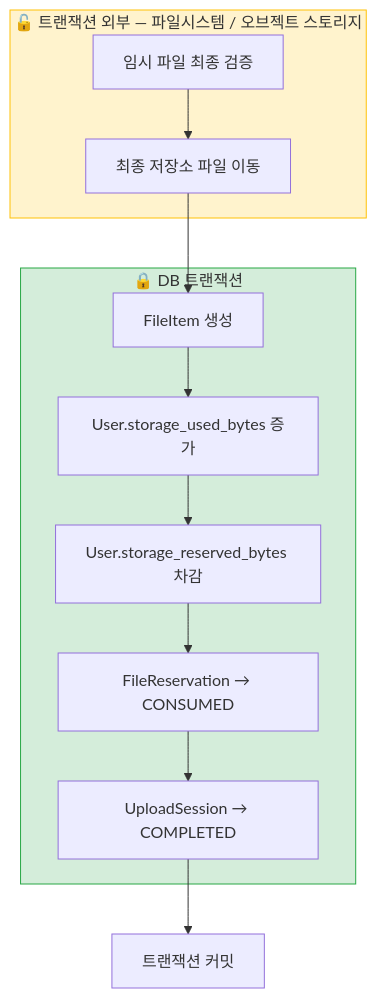
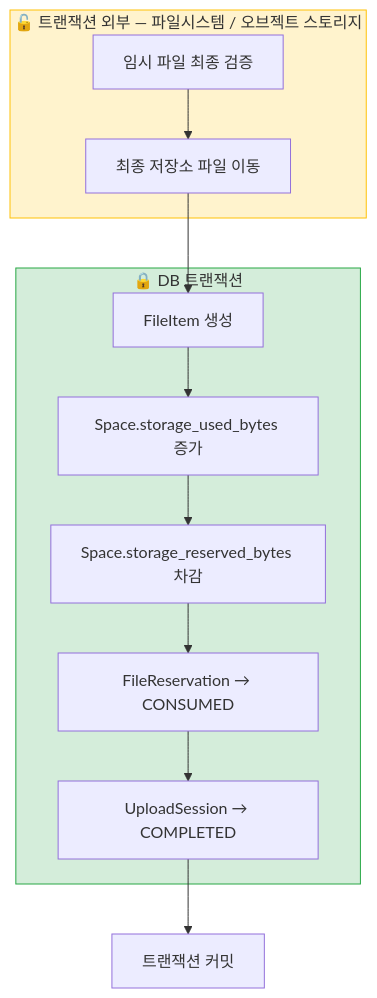
Diagram 14 of 17 in docs/설계/pipeline/업로드 파이프라인.md (Cloud-Sharp/docs), drawn with Mermaid before and after one commit. The commit also changed other lines of this file and 5 other files, not shown here.

````diff
--- a/docs/설계/pipeline/업로드 파이프라인.md
+++ b/docs/설계/pipeline/업로드 파이프라인.md
@@ -522,23 +529,23 @@
 ```mermaid
 flowchart TD
     subgraph 트랜잭션_외부["🔓 트랜잭션 외부 — 파일시스템 / 오브젝트 스토리지"]
         A[임시 파일 최종 검증]
         B[최종 저장소 파일 이동]
     end
 
     subgraph 트랜잭션_내부["🔒 DB 트랜잭션"]
         C[FileItem 생성]
-        D["User.storage_used_bytes 증가"]
-        E["User.storage_reserved_bytes 차감"]
+        D["Space.storage_used_bytes 증가"]
+        E["Space.storage_reserved_bytes 차감"]
         F["FileReservation → CONSUMED"]
         G["UploadSession → COMPLETED"]
     end
 
     A --> B
     B --> C
     C --> D --> E --> F --> G
     G --> H[트랜잭션 커밋]
 
     style 트랜잭션_외부 fill:#fff3cd,stroke:#ffc107
     style 트랜잭션_내부 fill:#d4edda,stroke:#28a745
 ```
````
